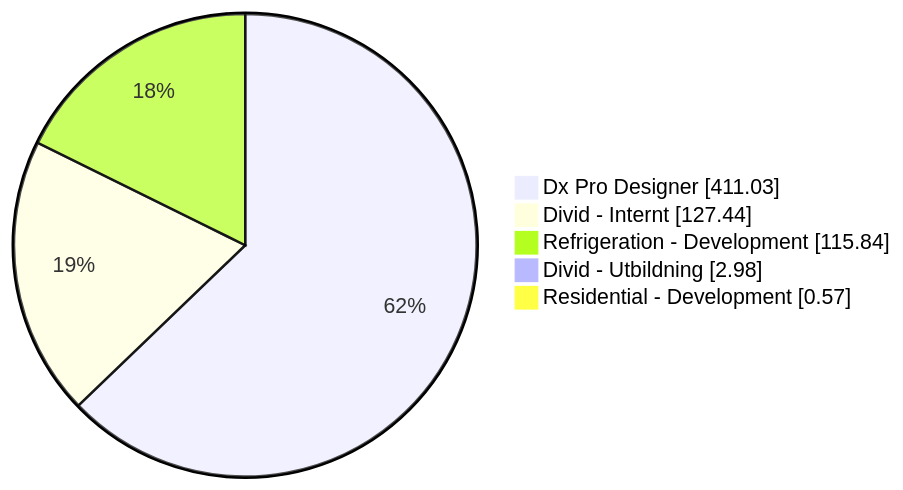
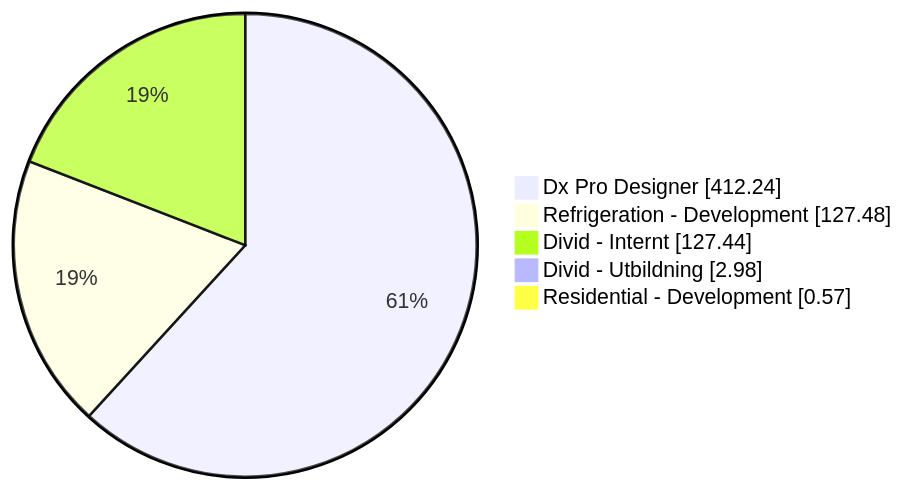
One commit to albinforsberg-netizen/timeclock changed the first of 5 diagrams in README.org. Above: the diagram before and after it, drawn with Mermaid. The commit also changed other lines of this file, not shown here.

```diff
--- a/README.org
+++ b/README.org
@@ -32,8 +32,8 @@
 #+begin_src mermaid
 pie showData
-    "Dx Pro Designer" : 411.03
+    "Dx Pro Designer" : 412.24
+    "Refrigeration - Development" : 127.48
     "Divid - Internt" : 127.44
-    "Refrigeration - Development" : 115.84
     "Divid - Utbildning" : 2.98
     "Residential - Development" : 0.57
 #+end_src
```
